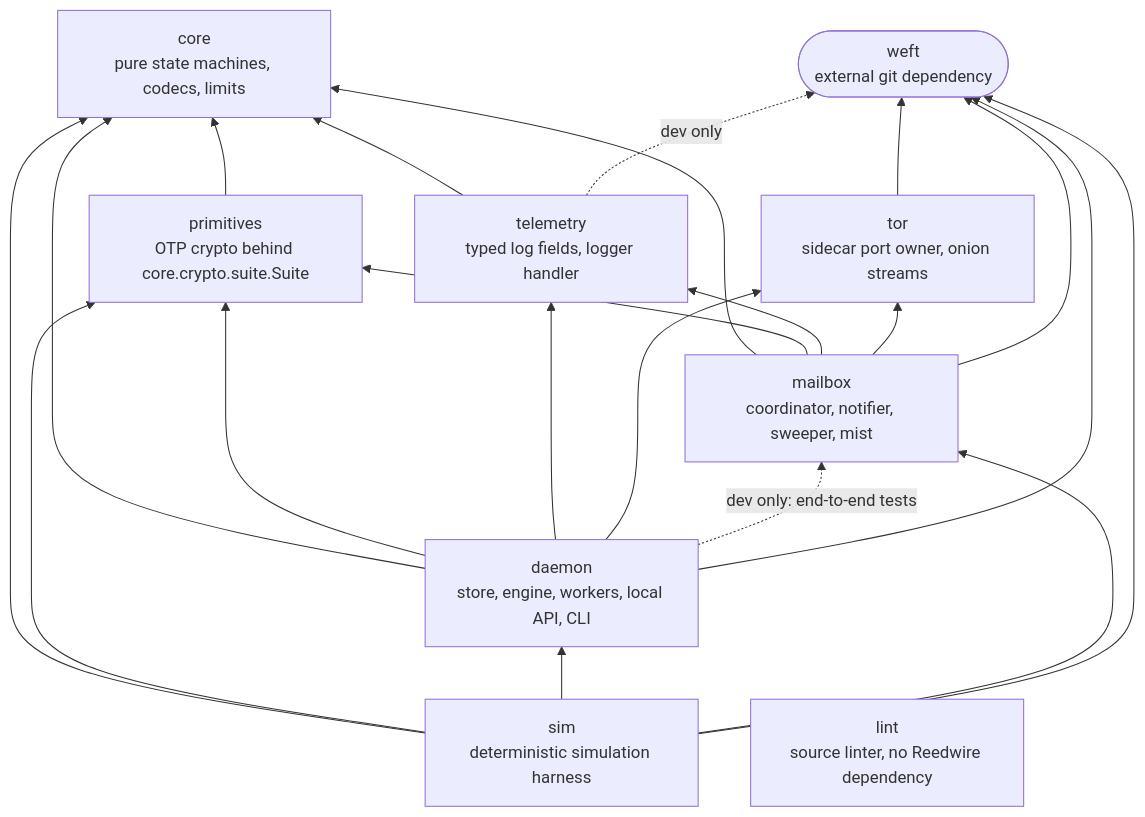
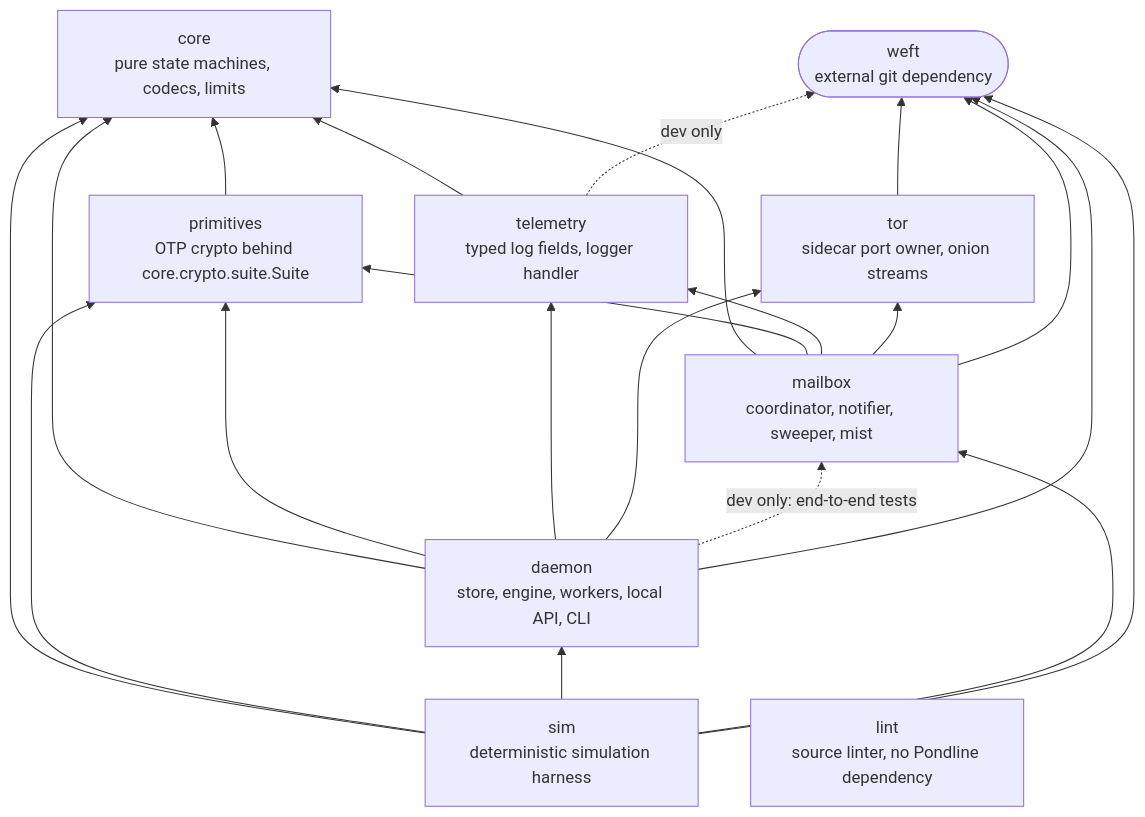
Before and after one commit to Roasbeef/pondline: the first of 6 diagrams in docs/architecture/system.md, drawn with Mermaid. The commit also changed other lines of this file and 44 other files, not shown here.

````diff
--- a/docs/architecture/system.md
+++ b/docs/architecture/system.md
@@ -32,33 +32,33 @@
 ```mermaid
 flowchart BT
     core["core<br/>pure state machines, codecs, limits"]
     prim["primitives<br/>OTP crypto behind core.crypto.suite.Suite"]
     tel["telemetry<br/>typed log fields, logger handler"]
     tor["tor<br/>sidecar port owner, onion streams"]
     mbx["mailbox<br/>coordinator, notifier, sweeper, mist"]
     dmn["daemon<br/>store, engine, workers, local API, CLI"]
     sim["sim<br/>deterministic simulation harness"]
-    lint["lint<br/>source linter, no Reedwire dependency"]
+    lint["lint<br/>source linter, no Pondline dependency"]
     weft(["weft<br/>external git dependency"])
 
     prim --> core
     tel --> core
     mbx --> core
     mbx --> prim
     mbx --> tel
     mbx --> tor
     dmn --> core
     dmn --> prim
     dmn --> tel
     dmn --> tor
     sim --> core
     sim --> prim
     sim --> dmn
     sim --> mbx
     dmn -. "dev only: end-to-end tests" .-> mbx
     mbx --> weft
     dmn --> weft
     tor --> weft
     sim --> weft
     tel -. "dev only" .-> weft
 ```
````
